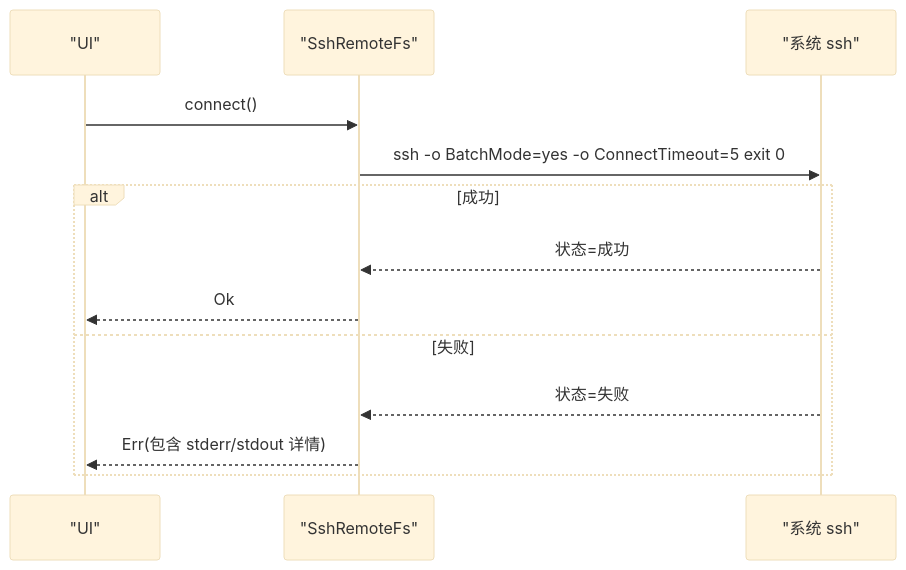
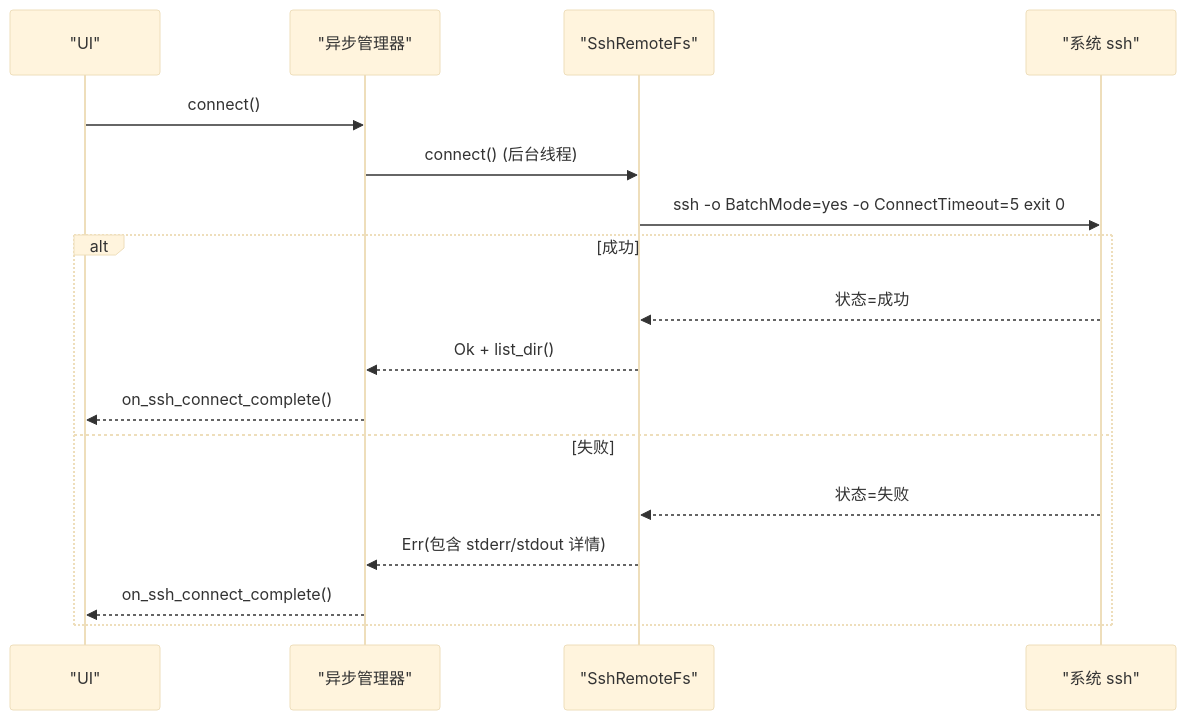
One commit to aetherstudio-cn/AetherStudio changed the fourth of 10 diagrams in .qoder/repowiki/zh/content/远程开发功能/SSH 连接管理.md. Above: the diagram before and after it, drawn with Mermaid (base theme). The commit also changed other lines of this file and 17 other files, not shown here.

````diff
--- a/.qoder/repowiki/zh/content/远程开发功能/SSH 连接管理.md
+++ b/.qoder/repowiki/zh/content/远程开发功能/SSH 连接管理.md
@@ -159,15 +194,19 @@
 ```mermaid
 sequenceDiagram
 participant UI as "UI"
+participant ASYNC as "异步管理器"
 participant FS as "SshRemoteFs"
 participant SSH as "系统 ssh"
-UI->>FS : connect()
+UI->>ASYNC : connect()
+ASYNC->>FS : connect() (后台线程)
 FS->>SSH : ssh -o BatchMode=yes -o ConnectTimeout=5 exit 0
 alt 成功
 SSH-->>FS : 状态=成功
-FS-->>UI : Ok
+FS-->>ASYNC : Ok + list_dir()
+ASYNC-->>UI : on_ssh_connect_complete()
 else 失败
 SSH-->>FS : 状态=失败
-FS-->>UI : Err(包含 stderr/stdout 详情)
+FS-->>ASYNC : Err(包含 stderr/stdout 详情)
+ASYNC-->>UI : on_ssh_connect_complete()
 end
 ```
````
